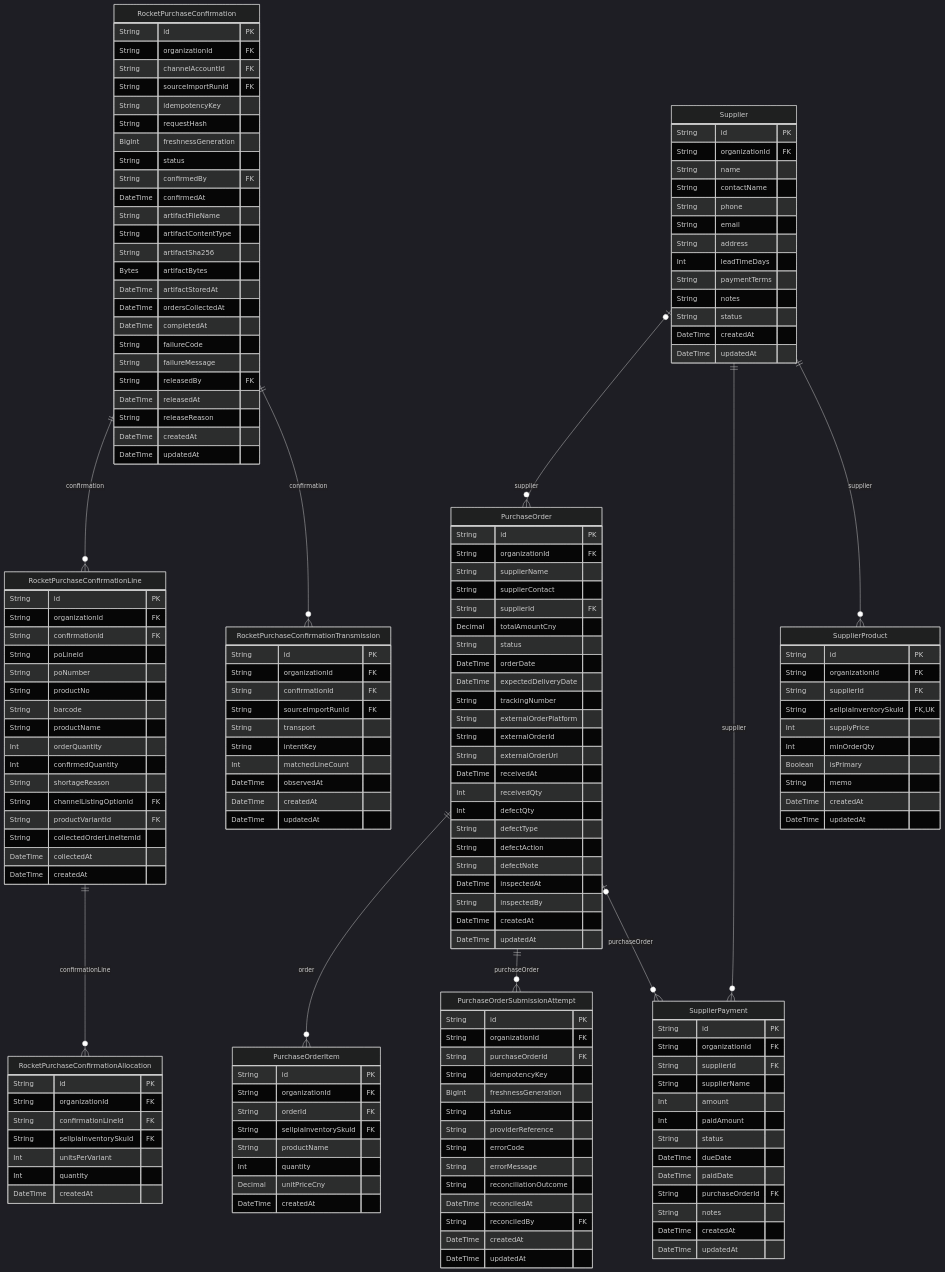
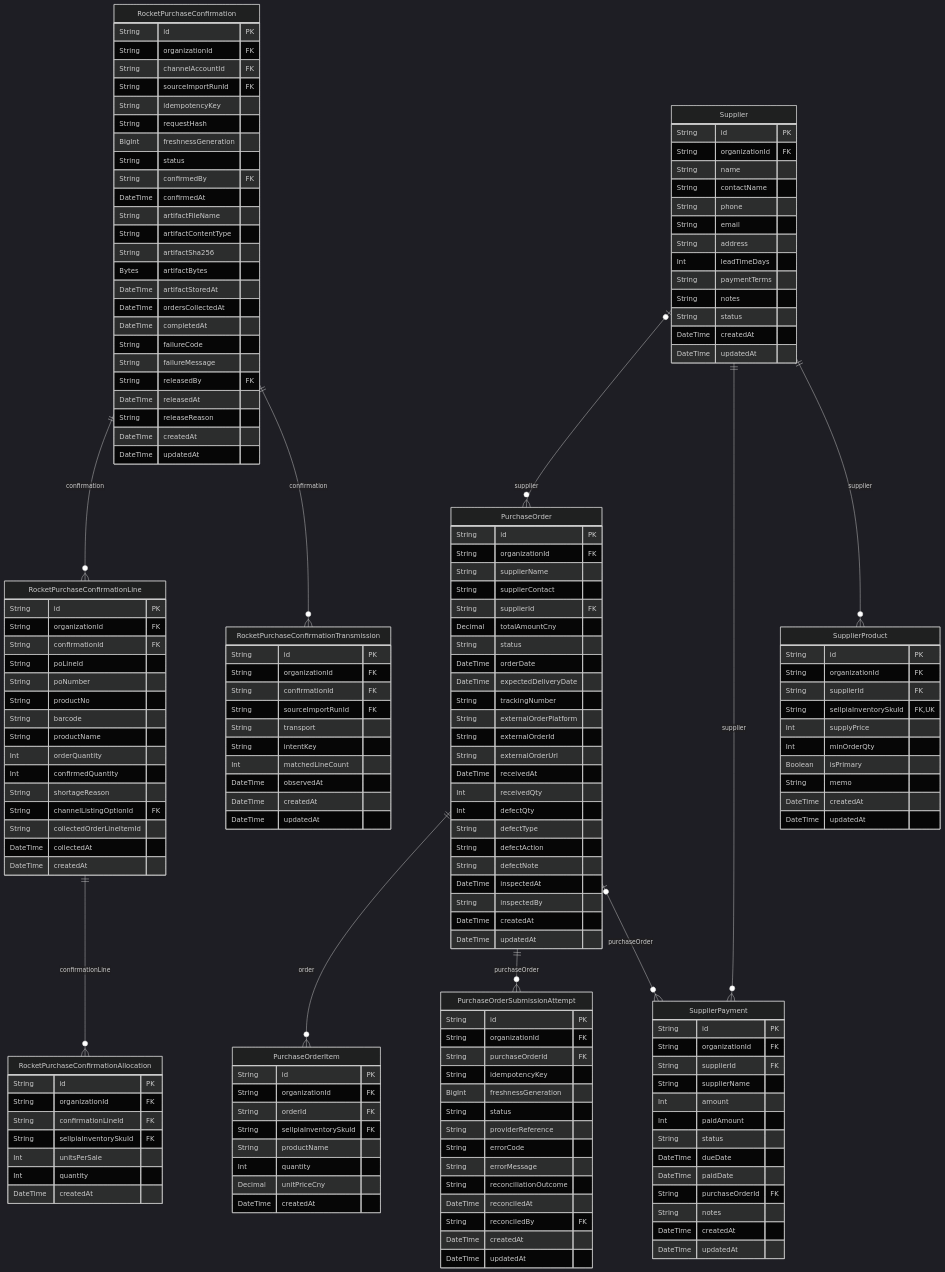
The diagram in docs/erd/supply.md (AgentFoundry-Labs/kiditem), drawn with Mermaid (dark theme) before and after one commit. The commit also changed other lines of this file and 271 other files, not shown here.

```diff
--- a/docs/erd/supply.md
+++ b/docs/erd/supply.md
@@ -106,7 +106,7 @@
     String organizationId FK
     String confirmationLineId FK
     String sellpiaInventorySkuId FK
-    Int unitsPerVariant
+    Int unitsPerSale
     Int quantity
     DateTime createdAt
   }
@@ -123,7 +123,6 @@
     Int confirmedQuantity
     String shortageReason
     String channelListingOptionId FK
-    String productVariantId FK
     String collectedOrderLineItemId
     DateTime collectedAt
     DateTime createdAt
```
